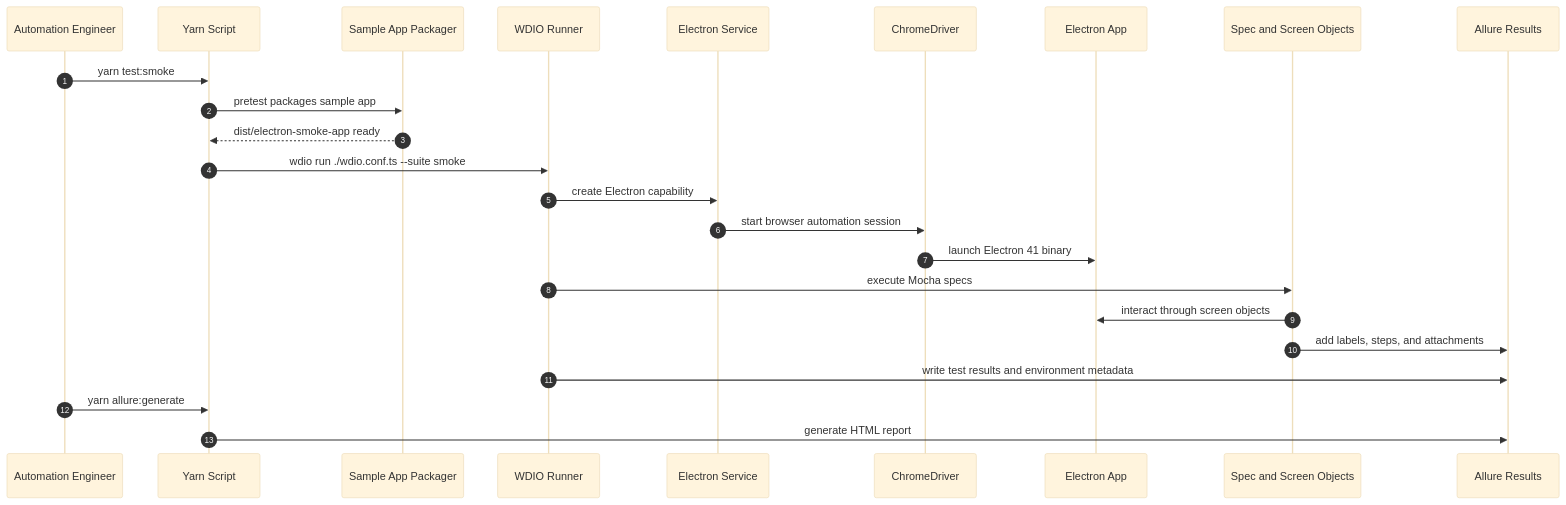
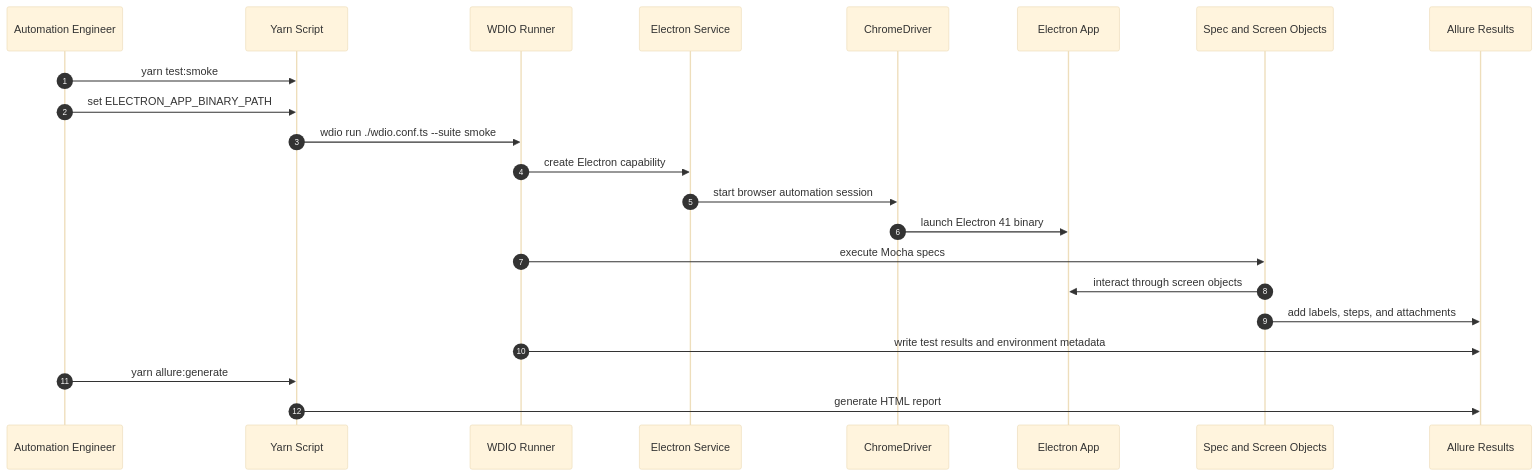
Before and after one commit to bek4466/WDIO-electron-framework: the second of 6 diagrams in docs/confluence/architecture-diagrams.md, drawn with Mermaid (base theme). The commit also changed other lines of this file and 19 other files, not shown here.

Commit message:
Remove mock Electron app assets

````diff
--- a/docs/confluence/architecture-diagrams.md
+++ b/docs/confluence/architecture-diagrams.md
@@ -58,27 +56,25 @@
 ```mermaid
 sequenceDiagram
   autonumber
   participant Engineer as Automation Engineer
   participant Yarn as Yarn Script
-  participant Packager as Sample App Packager
   participant WDIO as WDIO Runner
   participant Service as Electron Service
   participant Driver as ChromeDriver
   participant App as Electron App
   participant Spec as Spec and Screen Objects
   participant Allure as Allure Results
 
   Engineer->>Yarn: yarn test:smoke
-  Yarn->>Packager: pretest packages sample app
-  Packager-->>Yarn: dist/electron-smoke-app ready
+  Engineer->>Yarn: set ELECTRON_APP_BINARY_PATH
   Yarn->>WDIO: wdio run ./wdio.conf.ts --suite smoke
   WDIO->>Service: create Electron capability
   Service->>Driver: start browser automation session
   Driver->>App: launch Electron 41 binary
   WDIO->>Spec: execute Mocha specs
   Spec->>App: interact through screen objects
   Spec->>Allure: add labels, steps, and attachments
   WDIO->>Allure: write test results and environment metadata
   Engineer->>Yarn: yarn allure:generate
   Yarn->>Allure: generate HTML report
 ```
````
